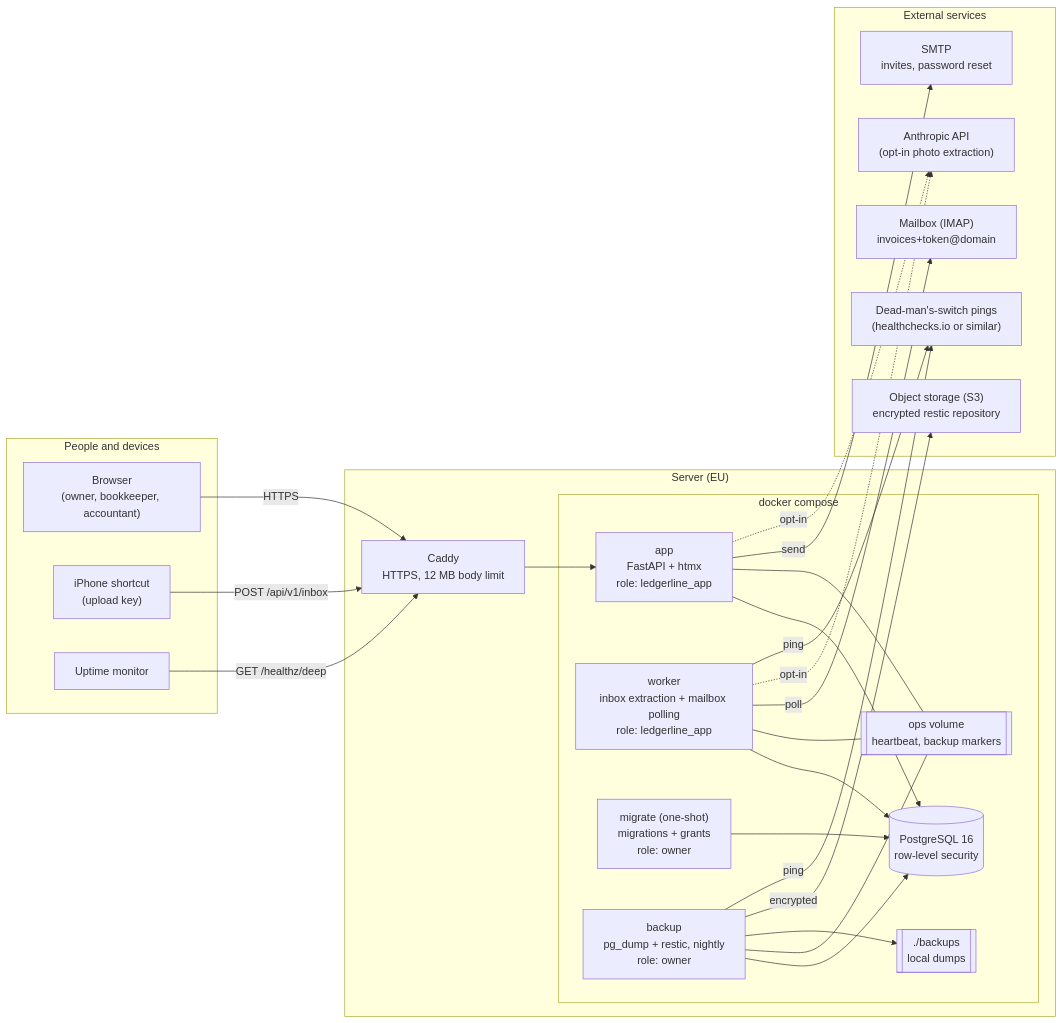
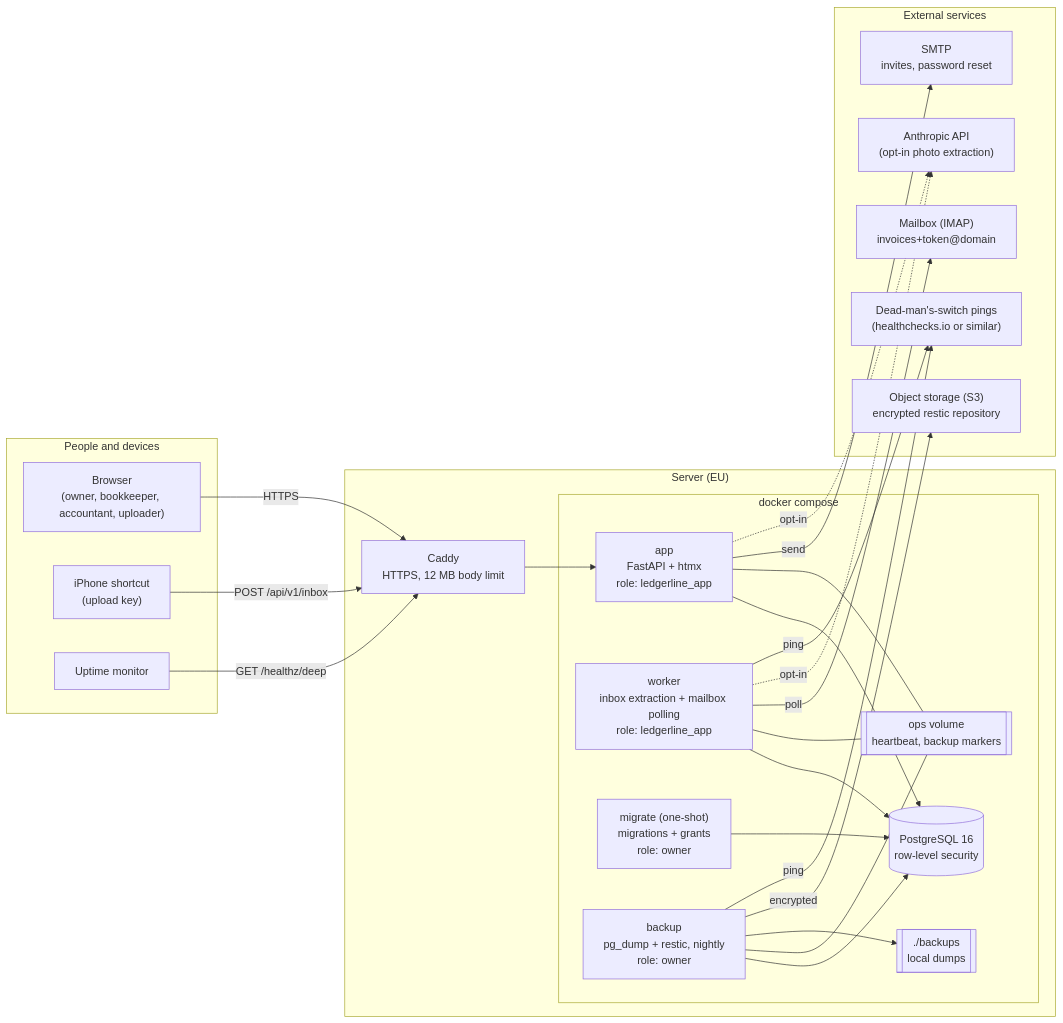
The first of 4 diagrams in docs/ARCHITECTURE.md (RAJUSHANIGARAPU/ledgerline), drawn with Mermaid before and after one commit. The commit also changed 1 other file, not shown here.

Commit message:
Remove stray editor backup file; list the uploader role in the architecture diagram

````diff
--- a/docs/ARCHITECTURE.md
+++ b/docs/ARCHITECTURE.md
@@ -11,52 +11,52 @@
 ```mermaid
 flowchart LR
     subgraph users["People and devices"]
-        browser["Browser<br/>(owner, bookkeeper, accountant)"]
+        browser["Browser<br/>(owner, bookkeeper, accountant, uploader)"]
         phone["iPhone shortcut<br/>(upload key)"]
         uptime["Uptime monitor"]
     end
 
     subgraph server["Server (EU)"]
         caddy["Caddy<br/>HTTPS, 12 MB body limit"]
         subgraph compose["docker compose"]
             app["app<br/>FastAPI + htmx<br/>role: ledgerline_app"]
             worker["worker<br/>inbox extraction + mailbox polling<br/>role: ledgerline_app"]
             migrate["migrate (one-shot)<br/>migrations + grants<br/>role: owner"]
             backup["backup<br/>pg_dump + restic, nightly<br/>role: owner"]
             db[("PostgreSQL 16<br/>row-level security")]
             ops[["ops volume<br/>heartbeat, backup markers"]]
             local[["./backups<br/>local dumps"]]
         end
     end
 
     subgraph external["External services"]
         imap["Mailbox (IMAP)<br/>invoices+token@domain"]
         smtp["SMTP<br/>invites, password reset"]
         s3["Object storage (S3)<br/>encrypted restic repository"]
         hc["Dead-man's-switch pings<br/>(healthchecks.io or similar)"]
         llm["Anthropic API<br/>(opt-in photo extraction)"]
     end
 
     browser -->|HTTPS| caddy
     phone -->|"POST /api/v1/inbox"| caddy
     uptime -->|"GET /healthz/deep"| caddy
     caddy --> app
 
     app --> db
     worker --> db
     migrate --> db
     backup --> db
 
     app --- ops
     worker --- ops
     backup --- ops
     backup --> local
 
     worker -->|poll| imap
     app -->|send| smtp
     app -.->|opt-in| llm
     worker -.->|opt-in| llm
     backup -->|encrypted| s3
     worker -->|ping| hc
     backup -->|ping| hc
 ```
````
